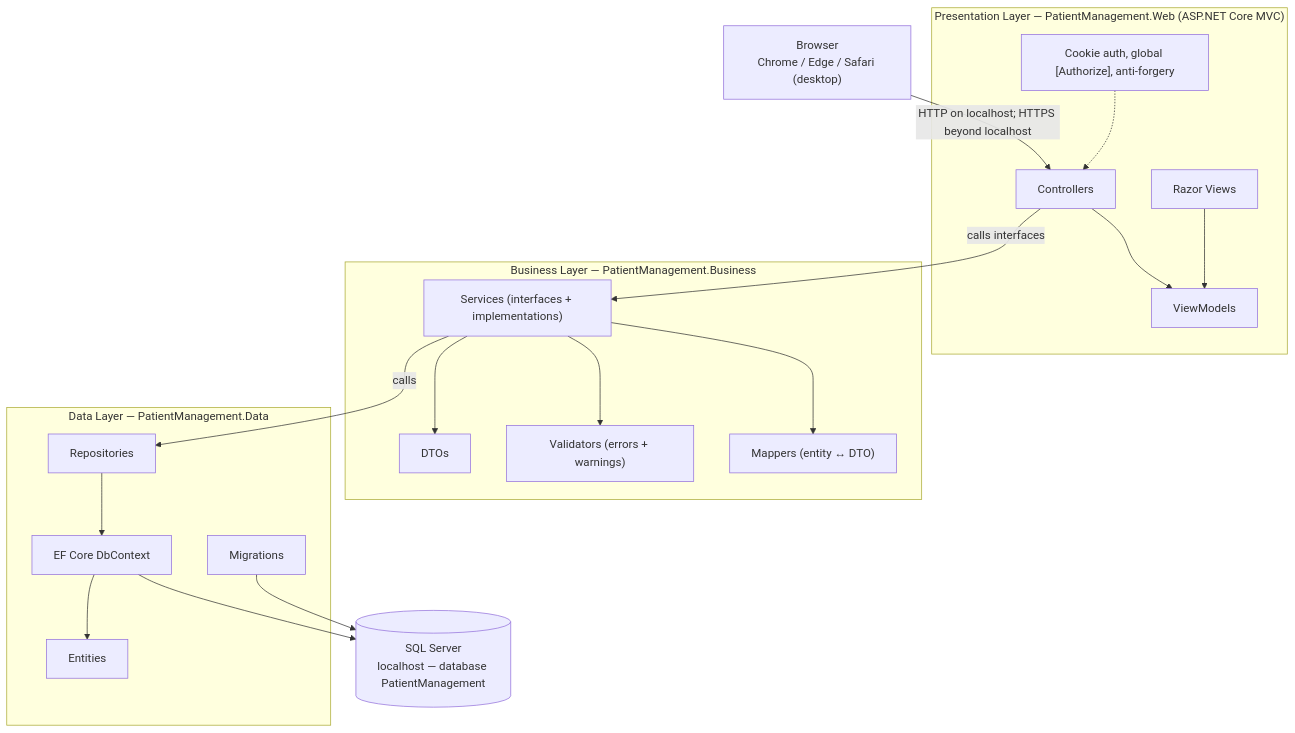
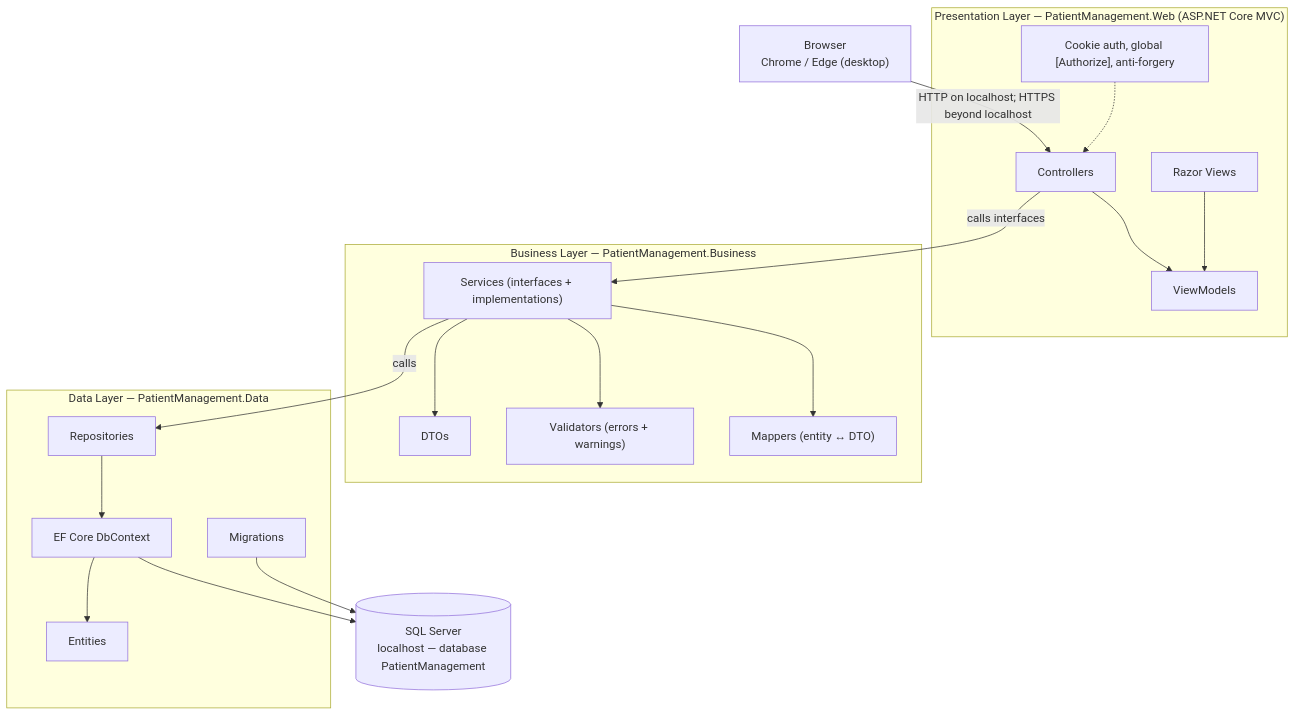
The first of 3 diagrams in Documentation/02-Planning/02-Three-Tier-Architecture-Diagram.md (sravva1994D/ClaudeCodeBhaskar), drawn with Mermaid before and after one commit. The commit also changed 18 other files, not shown here.

First line of the commit message:
docs(docs): apply planning and roadmap fixes from implementation review

````diff
--- a/Documentation/02-Planning/02-Three-Tier-Architecture-Diagram.md
+++ b/Documentation/02-Planning/02-Three-Tier-Architecture-Diagram.md
@@ -8,41 +8,41 @@
 ```mermaid
 flowchart TB
-  Browser["Browser<br/>Chrome / Edge / Safari (desktop)"]
+  Browser["Browser<br/>Chrome / Edge (desktop)"]
 
   subgraph PRES["Presentation Layer — PatientManagement.Web (ASP.NET Core MVC)"]
     CTRL["Controllers"]
     VIEWS["Razor Views"]
     VM["ViewModels"]
     AUTH["Cookie auth, global [Authorize], anti-forgery"]
   end
 
   subgraph BIZ["Business Layer — PatientManagement.Business"]
     SVC["Services (interfaces + implementations)"]
     DTO["DTOs"]
     VAL["Validators (errors + warnings)"]
     MAP["Mappers (entity ↔ DTO)"]
   end
 
   subgraph DATA["Data Layer — PatientManagement.Data"]
     REPO["Repositories"]
     CTX["EF Core DbContext"]
     ENT["Entities"]
     MIG["Migrations"]
   end
 
   DB[("SQL Server<br/>localhost — database PatientManagement")]
 
   Browser -->|"HTTP on localhost; HTTPS beyond localhost"| CTRL
   CTRL --> VM
   VIEWS --> VM
   CTRL -->|"calls interfaces"| SVC
   SVC --> DTO
   SVC --> VAL
   SVC --> MAP
   SVC -->|"calls"| REPO
   REPO --> CTX
   CTX --> ENT
   CTX --> DB
   MIG --> DB
   AUTH -.-> CTRL
 ```
````
